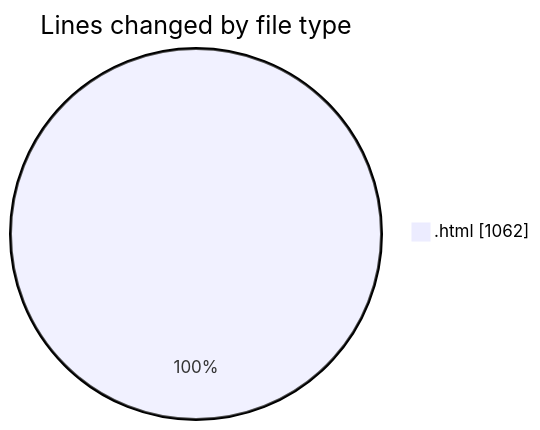
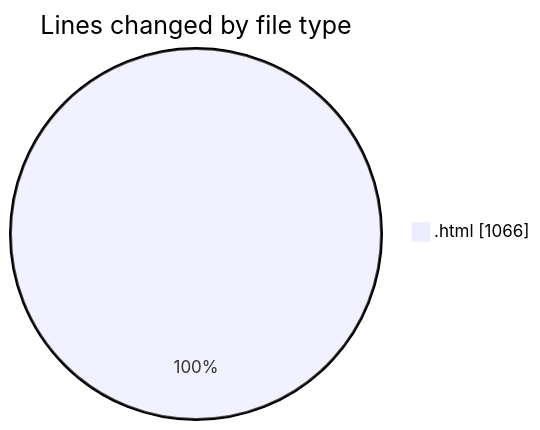
One commit to nxtqubesakshisongat/code-tracking changed the first of 2 diagrams in 2025-08-09/nxtqube_webapp/README.md. Above: the diagram before and after it, drawn with Mermaid. The commit also changed other lines of this file and 1 other file, not shown here.

````diff
--- a/2025-08-09/nxtqube_webapp/README.md
+++ b/2025-08-09/nxtqube_webapp/README.md
@@ -20,5 +20,5 @@
 ```mermaid
 pie showData
 title Lines changed by file type
-".html" : 1062
+".html" : 1066
 ```
````
